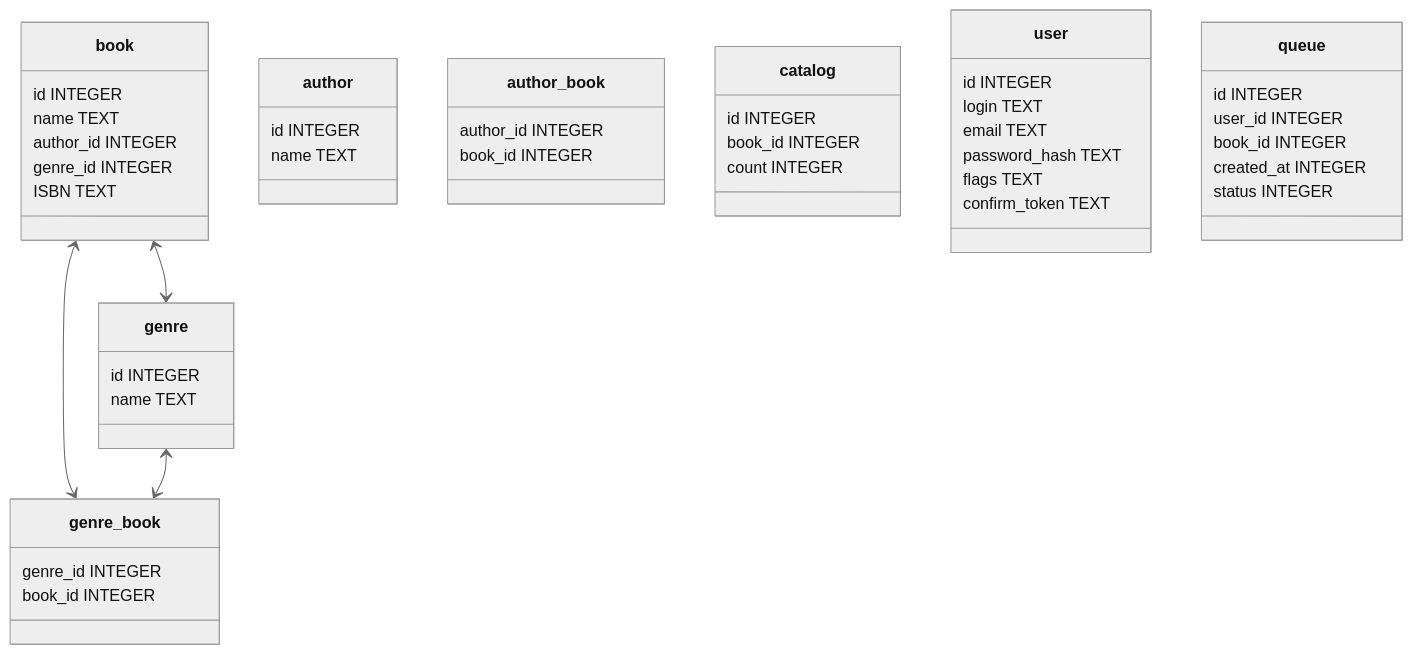
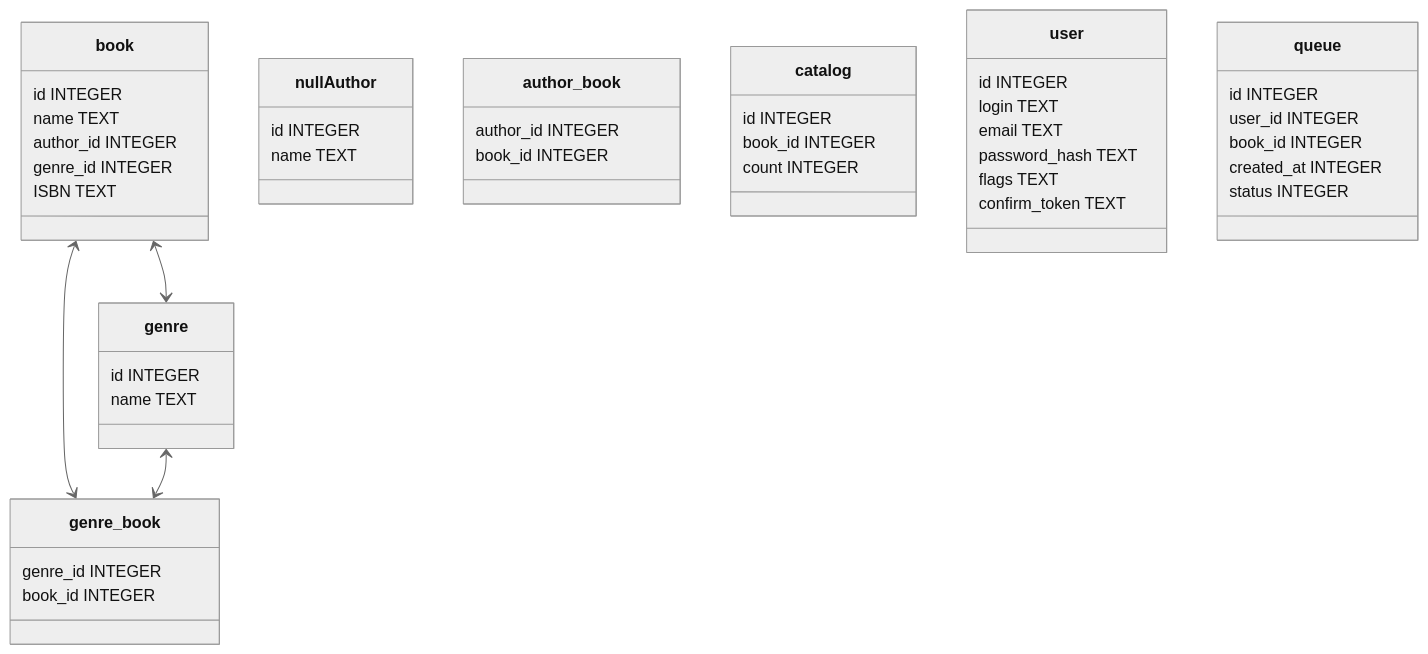
Before and after one commit to Ki4EH/lib-service: the first of 2 diagrams in README.md, drawn with Mermaid (neutral theme). The commit also changed 2 other files, not shown here.

Commit message:
Search system update
Created:
/search request now handle parameter author;
Scanning book genres now provided by func scanGenres;
Func searchByAuthor let you search by author;
Func search now divided into 4 main cases:
-title and author are provided,
-T is provided, A isn't,
-A is provided, T isn't,
-Nothing provided (return nil);

Fixed:
Error handlers are added in some places;
Struct Book is moved to book.go;
Every get request now let you get author name;

````diff
--- a/README.md
+++ b/README.md
@@ -25,60 +25,60 @@
 ```mermaid
 classDiagram
 direction TB
 
 book <--> genre 
 book <--> genre_book
 genre <--> genre_book
 
-class author{
+class nullAuthor{
     id INTEGER
     name TEXT
 }
 
 class book{
     id INTEGER
     name TEXT
     author_id INTEGER
     genre_id INTEGER
     ISBN TEXT
 }
 
 class genre{
     id INTEGER
     name TEXT
 }
 
 class genre_book{
     genre_id INTEGER
     book_id INTEGER
 }
 
 class author_book{
     author_id INTEGER
     book_id INTEGER
 }
 
 class catalog{
     id INTEGER
     book_id INTEGER
     count INTEGER
 }
 
 class user{
     id INTEGER
     login TEXT
     email TEXT
     password_hash TEXT
     flags TEXT
     confirm_token TEXT
 }
 
 class queue{
     id INTEGER
     user_id INTEGER
     book_id INTEGER
     created_at INTEGER
     status INTEGER
 }
 
 ```
````
